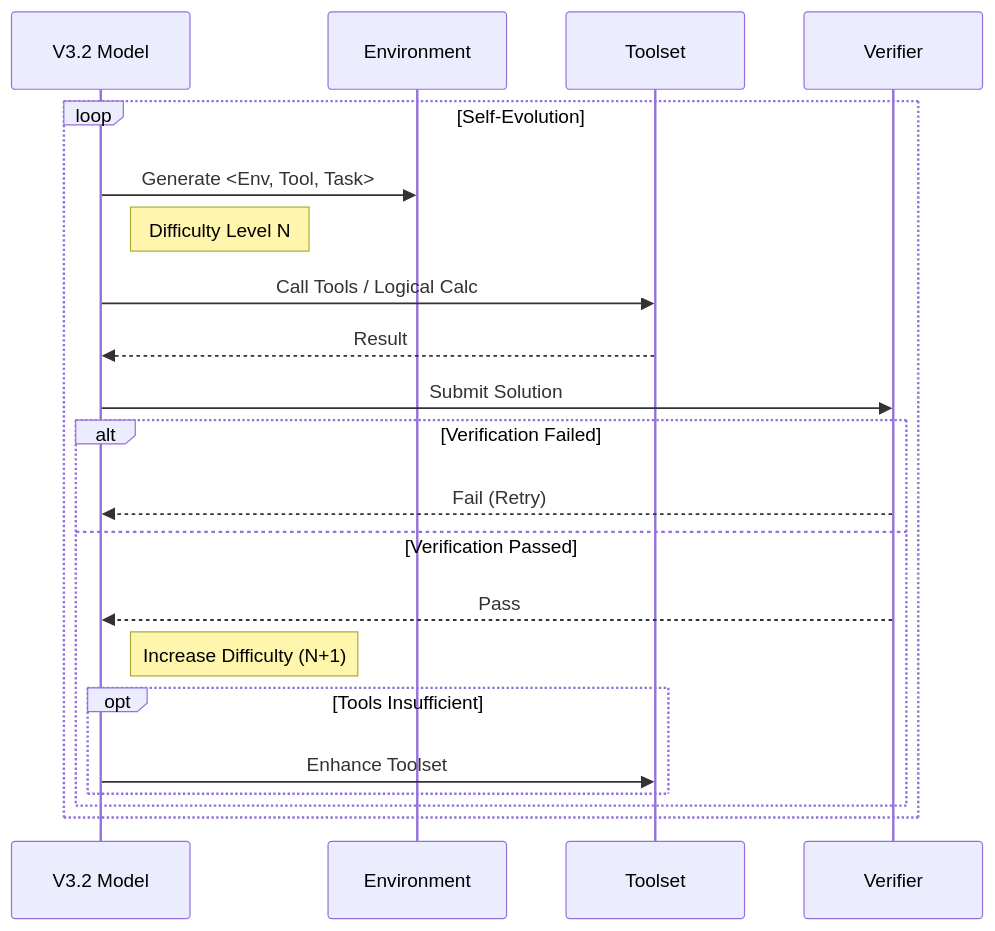
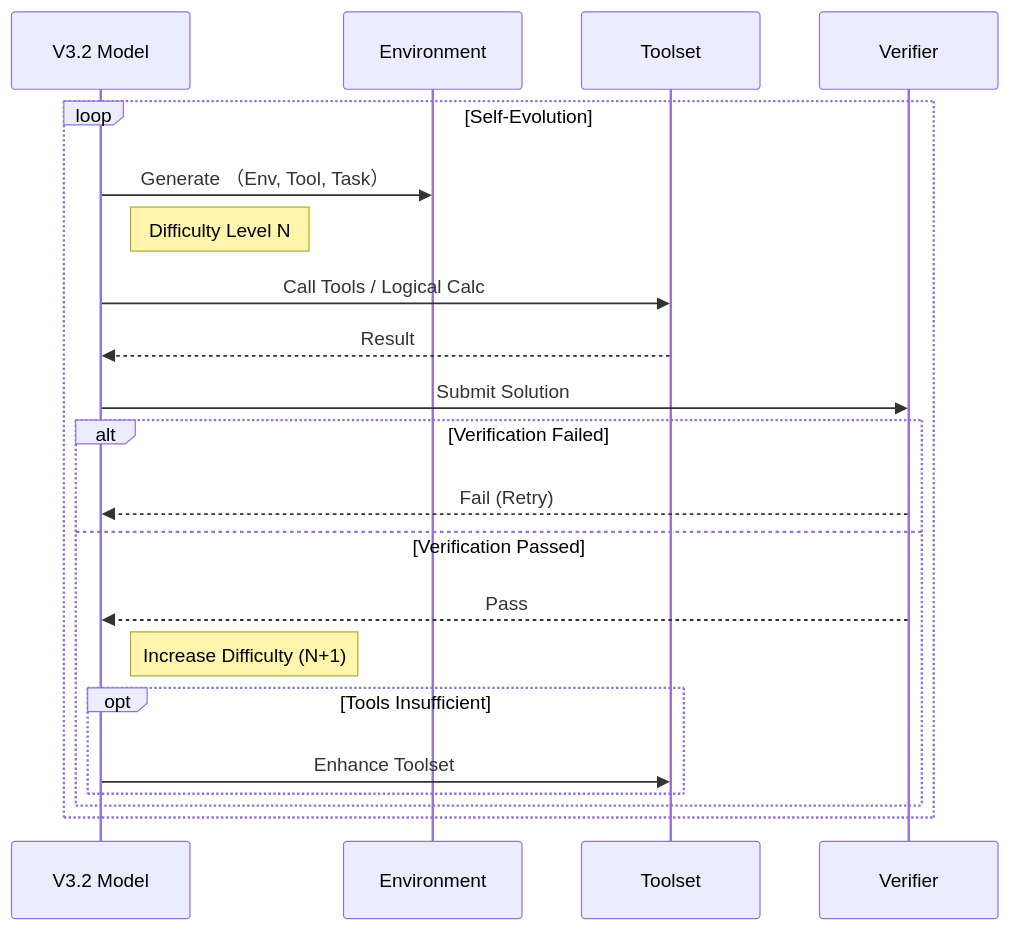
One commit to DataShrimp/quartz changed the second of 2 diagrams in content/Garden/Tech/DeepSeek V3.2技术探秘：大道至简，但不简单.md. Above: the diagram before and after it, drawn with Mermaid. The commit also changed 1 other file, not shown here.

Commit message:
vault backup: 2025-12-09 15:20:47

````diff
--- a/content/Garden/Tech/DeepSeek V3.2技术探秘：大道至简，但不简单.md
+++ b/content/Garden/Tech/DeepSeek V3.2技术探秘：大道至简，但不简单.md
@@ -47,24 +47,24 @@
 ```mermaid
 sequenceDiagram
     participant Model as V3.2 Model
     participant Env as Environment
     participant Tools as Toolset
     participant Verify as Verifier
 
     loop Self-Evolution
-        Model->>Env: Generate <Env, Tool, Task>
+        Model->>Env: Generate （Env, Tool, Task）
         Note right of Model: Difficulty Level N
         Model->>Tools: Call Tools / Logical Calc
         Tools-->>Model: Result
         Model->>Verify: Submit Solution
         alt Verification Failed
             Verify-->>Model: Fail (Retry)
         else Verification Passed
             Verify-->>Model: Pass
             Note right of Model: Increase Difficulty (N+1)
             opt Tools Insufficient
                 Model->>Tools: Enhance Toolset
             end
         end
     end
 ```
````
